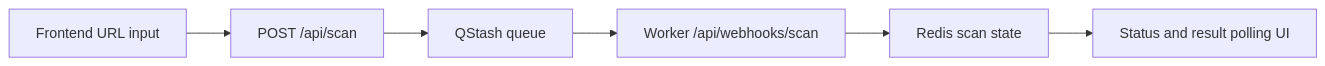
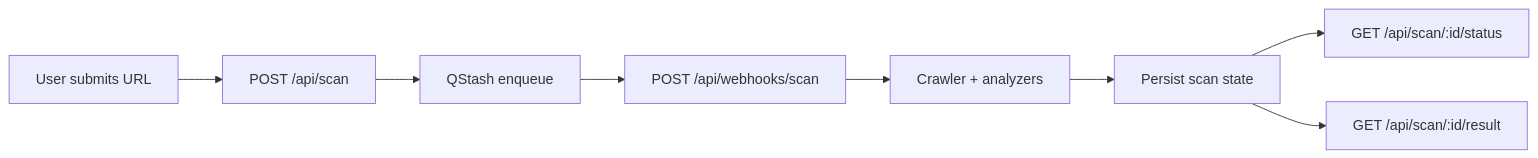
The diagram in README.md (Waqar-743/Audit_AI), drawn with Mermaid before and after one commit. The commit also changed other lines of this file and 4 other files, not shown here.

Commit message:
Update scan API, URLInput, and content analyzer

````diff
--- a/README.md
+++ b/README.md
@@ -33,8 +79,10 @@
 ```mermaid
 flowchart LR
-	A[Frontend URL input] --> B[POST /api/scan]
-	B --> C[QStash queue]
-	C --> D[Worker /api/webhooks/scan]
-	D --> E[Redis scan state]
-	E --> F[Status and result polling UI]
+  A[User submits URL] --> B[POST /api/scan]
+  B --> C[QStash enqueue]
+  C --> D[POST /api/webhooks/scan]
+  D --> E[Crawler + analyzers]
+  E --> F[Persist scan state]
+  F --> G[GET /api/scan/:id/status]
+  F --> H[GET /api/scan/:id/result]
 ```
````
